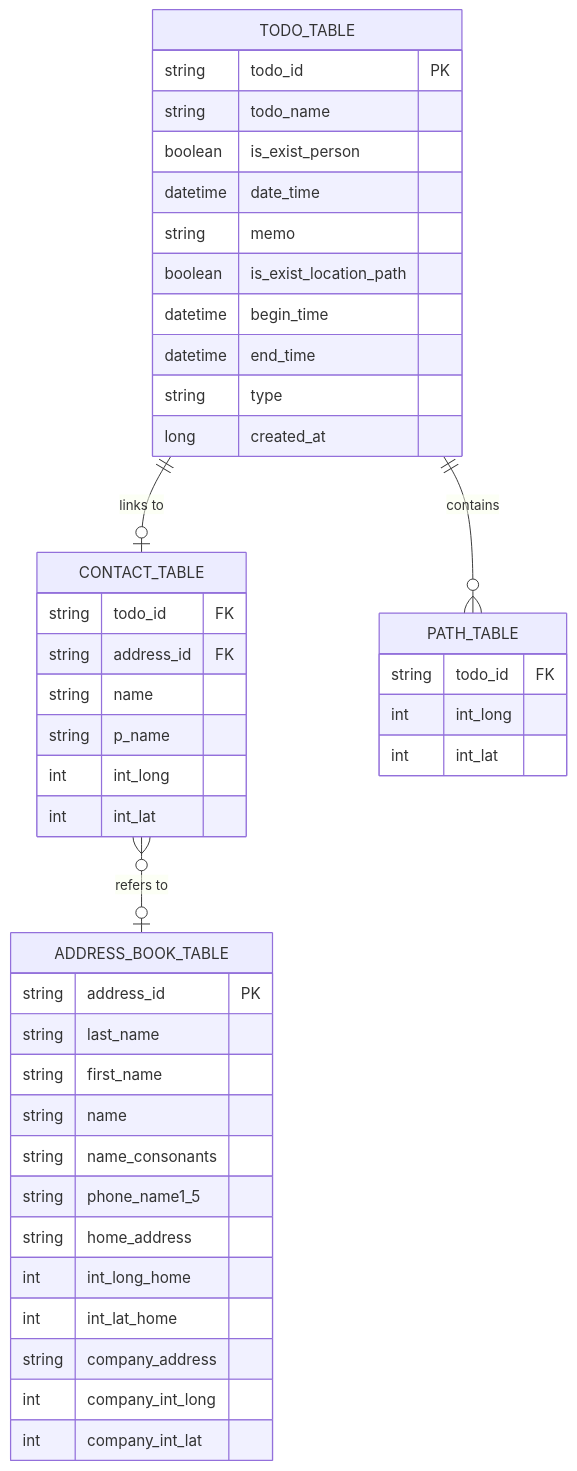
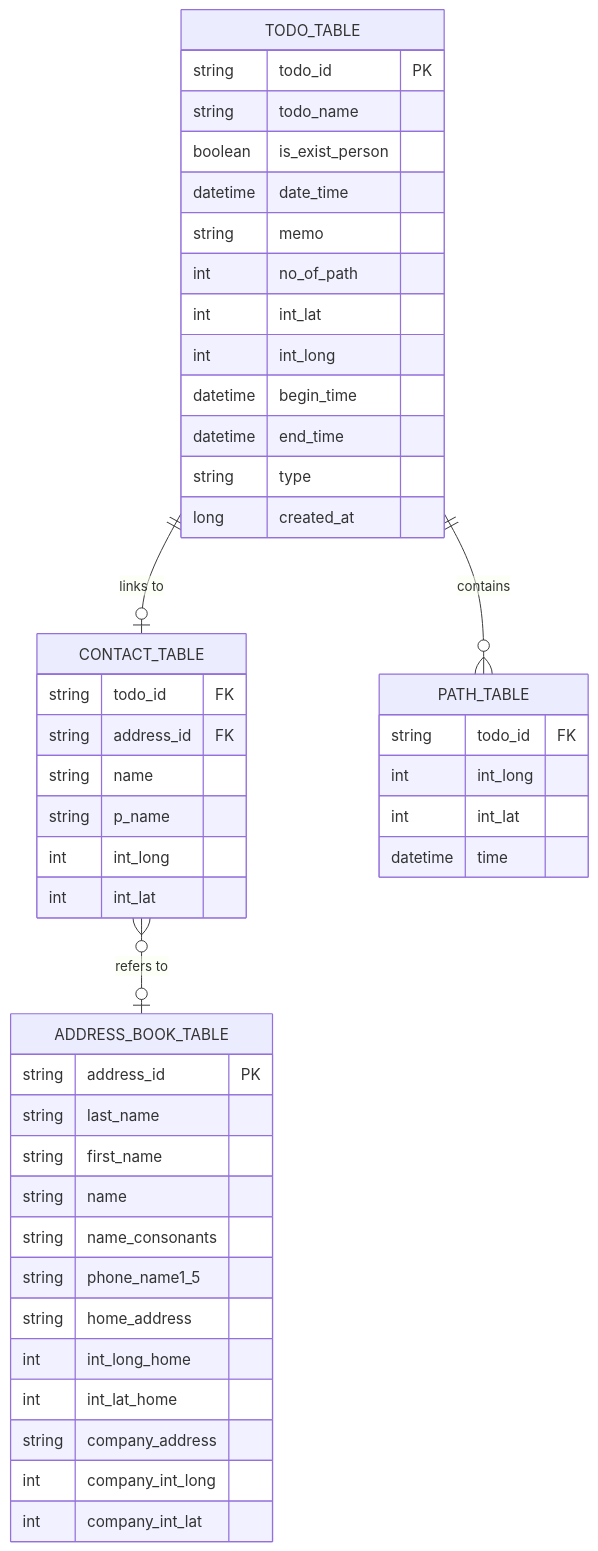
The diagram in docs/logic/erd.md (parkjke/AllToDo), drawn with Mermaid before and after one commit. The commit also changed other lines of this file and 19 other files, not shown here.

````diff
--- a/docs/logic/erd.md
+++ b/docs/logic/erd.md
@@ -5,49 +5,52 @@
 ```mermaid
 erDiagram
     TODO_TABLE ||--o| CONTACT_TABLE : "links to"
     TODO_TABLE ||--o{ PATH_TABLE : "contains"
     CONTACT_TABLE }o--o| ADDRESS_BOOK_TABLE : "refers to"
 
     TODO_TABLE {
         string todo_id PK
         string todo_name
         boolean is_exist_person
         datetime date_time
         string memo
-        boolean is_exist_location_path
+        int no_of_path
+        int int_lat
+        int int_long
         datetime begin_time
         datetime end_time
         string type
         long created_at
     }
 
     CONTACT_TABLE {
         string todo_id FK
         string address_id FK
         string name
         string p_name
         int int_long
         int int_lat
     }
 
     ADDRESS_BOOK_TABLE {
         string address_id PK
         string last_name
         string first_name
         string name
         string name_consonants
         string phone_name1_5
         string home_address
         int int_long_home
         int int_lat_home
         string company_address
         int company_int_long
         int company_int_lat
     }
 
     PATH_TABLE {
         string todo_id FK
         int int_long
         int int_lat
+        datetime time
     }
 ```
````
